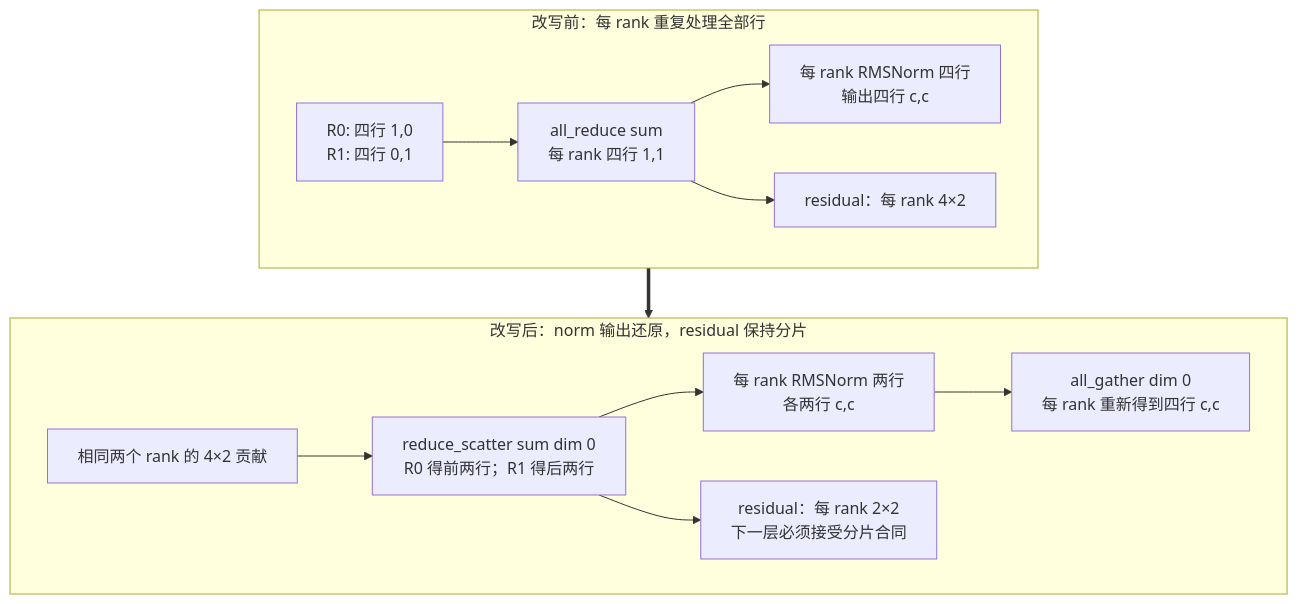
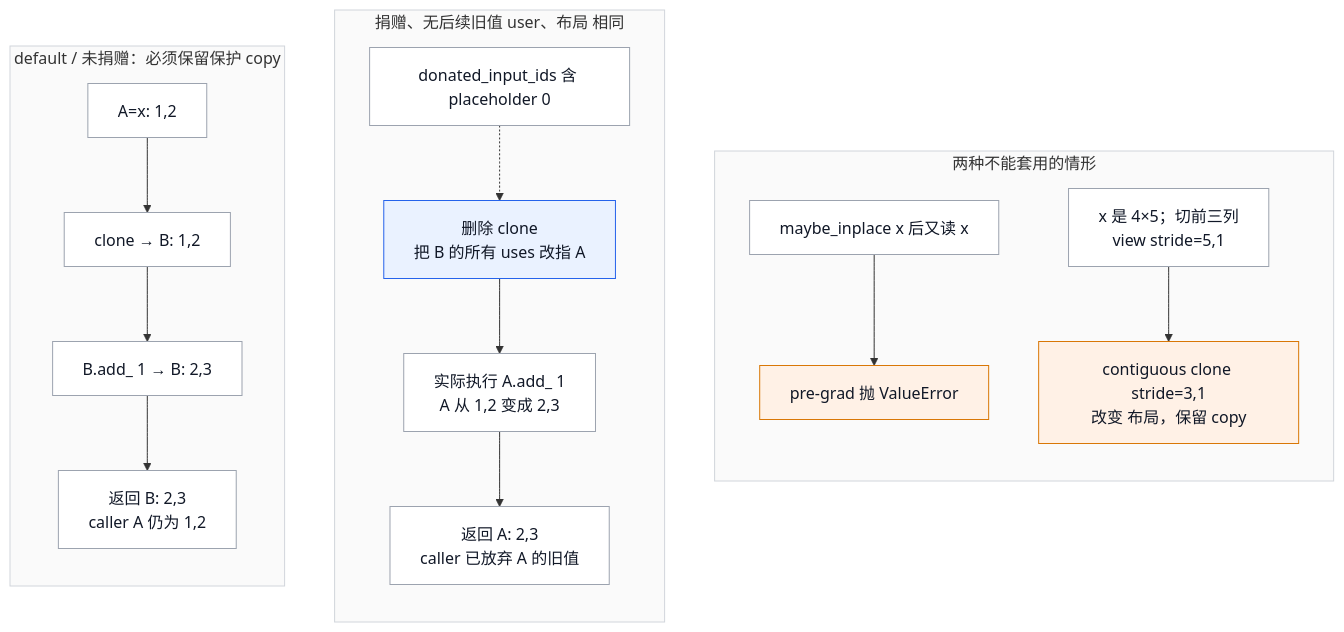
The second of 10 diagrams in wiki/02_engineering/03_infer_frameworks/vllm/21_vllm_ir_and_fusion_passes_analysis.md (suhaibo666/llm-knowledge), drawn with Mermaid before and after one commit. The commit also changed other lines of this file and 11 other files, not shown here.

````diff
--- a/wiki/02_engineering/03_infer_frameworks/vllm/21_vllm_ir_and_fusion_passes_analysis.md
+++ b/wiki/02_engineering/03_infer_frameworks/vllm/21_vllm_ir_and_fusion_passes_analysis.md
@@ -350,15 +159,31 @@
 ```mermaid
-flowchart TB
-  subgraph AR["改写前：每 rank 重复处理全部行"]
-    I["R0: 四行 1,0<br/>R1: 四行 0,1"] --> A["all_reduce sum<br/>每 rank 四行 1,1"]
-    A --> N["每 rank RMSNorm 四行<br/>输出四行 c,c"]
-    A --> R["residual：每 rank 4×2"]
+flowchart LR
+  subgraph Keep["default / 未捐赠：必须保留保护 copy"]
+    direction TB
+    A["A=x: 1,2"] --> B["clone → B: 1,2"]
+    B --> W["B.add_ 1 → B: 2,3"]
+    W --> O["返回 B: 2,3<br/>caller A 仍为 1,2"]
   end
-  subgraph SP["改写后：norm 输出还原，residual 保持分片"]
-    J["相同两个 rank 的 4×2 贡献"] --> S["reduce_scatter sum dim 0<br/>R0 得前两行；R1 得后两行"]
-    S --> L["每 rank RMSNorm 两行<br/>各两行 c,c"]
-    L --> G["all_gather dim 0<br/>每 rank 重新得到四行 c,c"]
-    S --> Q["residual：每 rank 2×2<br/>下一层必须接受分片合同"]
+  subgraph Remove["捐赠、无后续旧值 user、布局 相同"]
+    direction TB
+    D["donated_input_ids 含 placeholder 0"] -.-> E["删除 clone<br/>把 B 的所有 uses 改指 A"]
+    E --> M["实际执行 A.add_ 1<br/>A 从 1,2 变成 2,3"]
+    M --> P["返回 A: 2,3<br/>caller 已放弃 A 的旧值"]
   end
-  AR ==> SP
+  subgraph Reject["两种不能套用的情形"]
+    direction TB
+    L["maybe_inplace x 后又读 x"] --> X["pre-grad 抛 ValueError"]
+    S["x 是 4×5；切前三列<br/>view stride=5,1"] --> C["contiguous clone stride=3,1<br/>改变 布局，保留 copy"]
+  end
+  Keep ~~~ Remove
+  Remove ~~~ Reject
+  classDef neutral fill:#ffffff,stroke:#9ca3af,color:#111827;
+  classDef acc1 fill:#eaf2ff,stroke:#2563eb,color:#111827;
+  classDef acc2 fill:#fff1e6,stroke:#d97706,color:#111827;
+  class A,B,W,O,D,M,P,L,S neutral;
+  class E acc1;
+  class X,C acc2;
+  style Keep fill:#fafafa,stroke:#d1d5db
+  style Remove fill:#fafafa,stroke:#d1d5db
+  style Reject fill:#fafafa,stroke:#d1d5db
 ```
````
